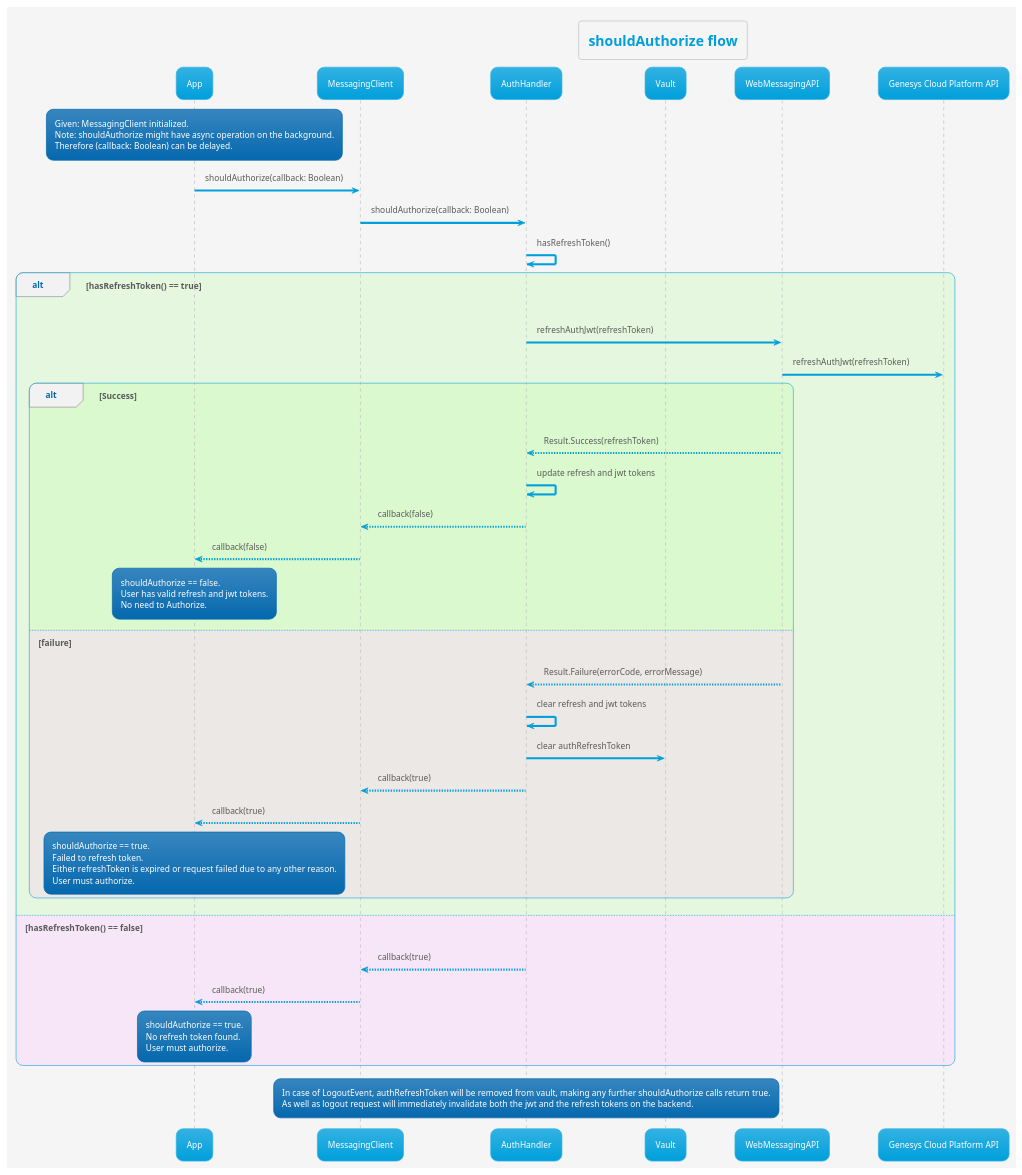
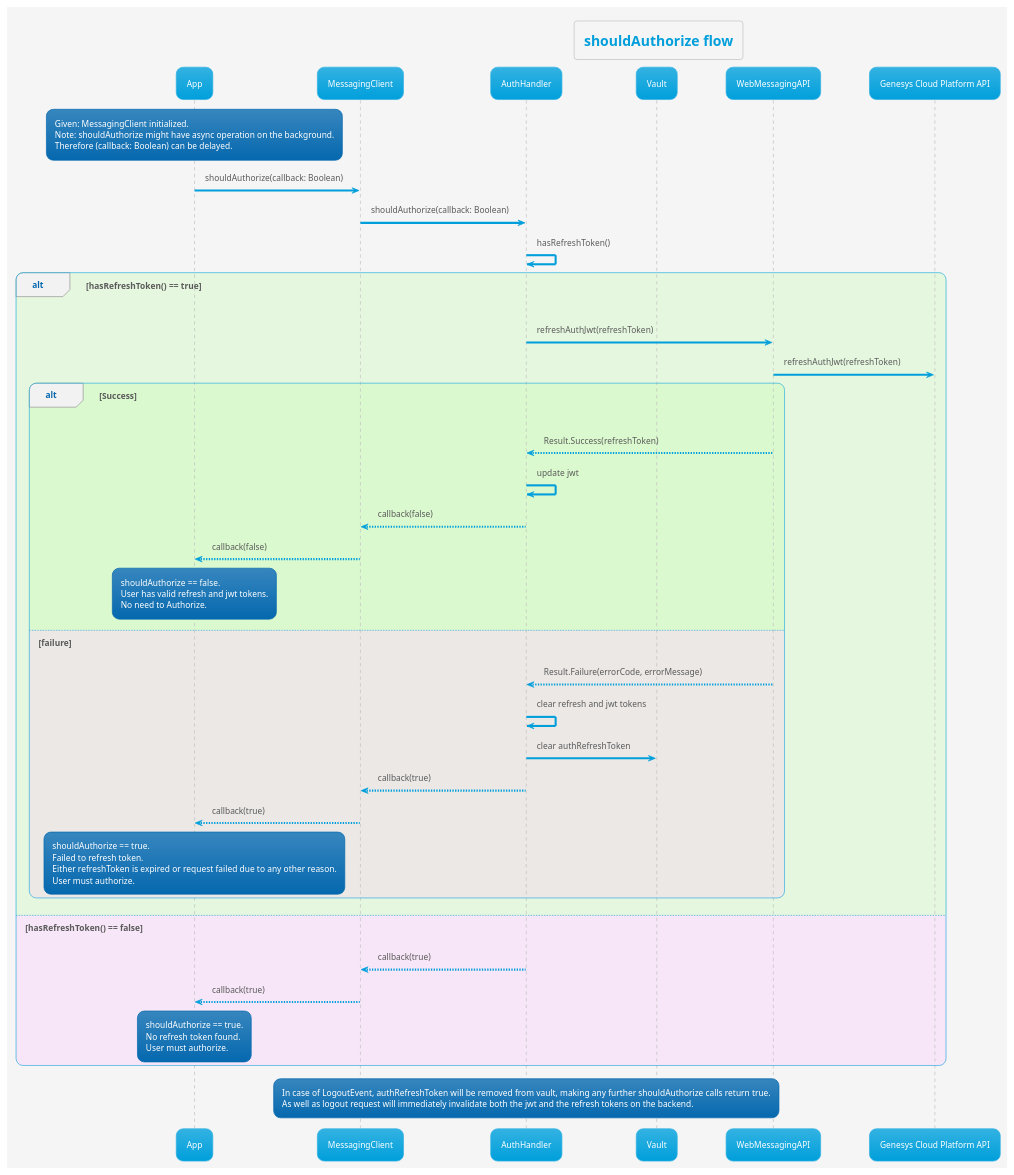
The diagram in transport/uml/auth_flow/should_authorize_diagram.puml (MyPureCloud/genesys-messenger-transport-mobile-sdk), drawn with PlantUML before and after one commit. The commit also changed 5 other files, not shown here.

```diff
--- a/transport/uml/auth_flow/should_authorize_diagram.puml
+++ b/transport/uml/auth_flow/should_authorize_diagram.puml
@@ -1,68 +1,68 @@
 @startuml
 'https://plantuml.com/sequence-diagram
 
 !theme bluegray
 !pragma teoz true
 
 skinparam backgroundColor #whitesmoke
 title shouldAuthorize flow
 
 participant App
 participant MessagingClient
 participant AuthHandler
 participant Vault
 participant WebMessagingAPI
 participant "Genesys Cloud Platform API"
 
 rnote over "App"
 Given: MessagingClient initialized.
 Note: shouldAuthorize might have async operation on the background.
 Therefore (callback: Boolean) can be delayed.
 end rnote
 
 App -> MessagingClient : shouldAuthorize(callback: Boolean)
 MessagingClient -> AuthHandler : shouldAuthorize(callback: Boolean)
 AuthHandler -> AuthHandler : hasRefreshToken()
 alt #aaff8833 hasRefreshToken() == true
     AuthHandler -> WebMessagingAPI : refreshAuthJwt(refreshToken)
     WebMessagingAPI -> "Genesys Cloud Platform API" : refreshAuthJwt(refreshToken)
     alt #aaff8833 Success
     WebMessagingAPI --> AuthHandler : Result.Success(refreshToken)
-    AuthHandler -> AuthHandler : update refresh and jwt tokens
+    AuthHandler -> AuthHandler : update jwt
     AuthHandler --> MessagingClient : callback(false)
     MessagingClient --> App : callback(false)
     rnote over "App"
     shouldAuthorize == false.
     User has valid refresh and jwt tokens.
     No need to Authorize.
     end rnote
     else  #ffaaff33 failure
     WebMessagingAPI --> AuthHandler : Result.Failure(errorCode, errorMessage)
     AuthHandler -> AuthHandler : clear refresh and jwt tokens
     AuthHandler -> Vault : clear authRefreshToken
     AuthHandler --> MessagingClient : callback(true)
     MessagingClient --> App : callback(true)
     rnote over "App"
     shouldAuthorize == true.
     Failed to refresh token.
     Either refreshToken is expired or request failed due to any other reason.
     User must authorize.
     end rnote
     end
 else #ffaaff33 hasRefreshToken() == false
     AuthHandler --> MessagingClient : callback(true)
     MessagingClient --> App : callback(true)
     rnote over "App"
     shouldAuthorize == true.
     No refresh token found.
     User must authorize.
     end rnote
 end
 
     rnote over AuthHandler
     In case of LogoutEvent, authRefreshToken will be removed from vault, making any further shouldAuthorize calls return true.
     As well as logout request will immediately invalidate both the jwt and the refresh tokens on the backend.
     end rnote
 
 
 @enduml
```
